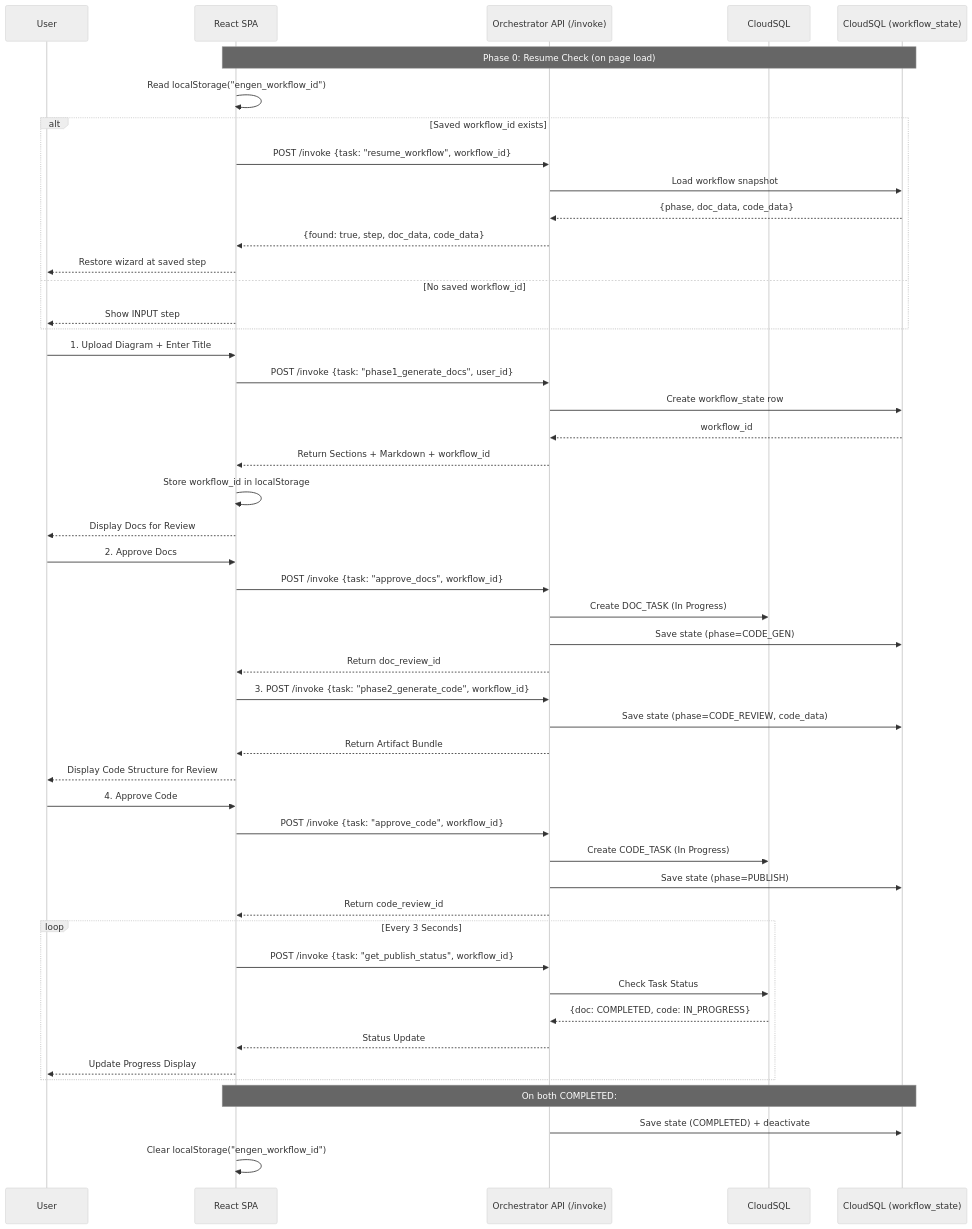
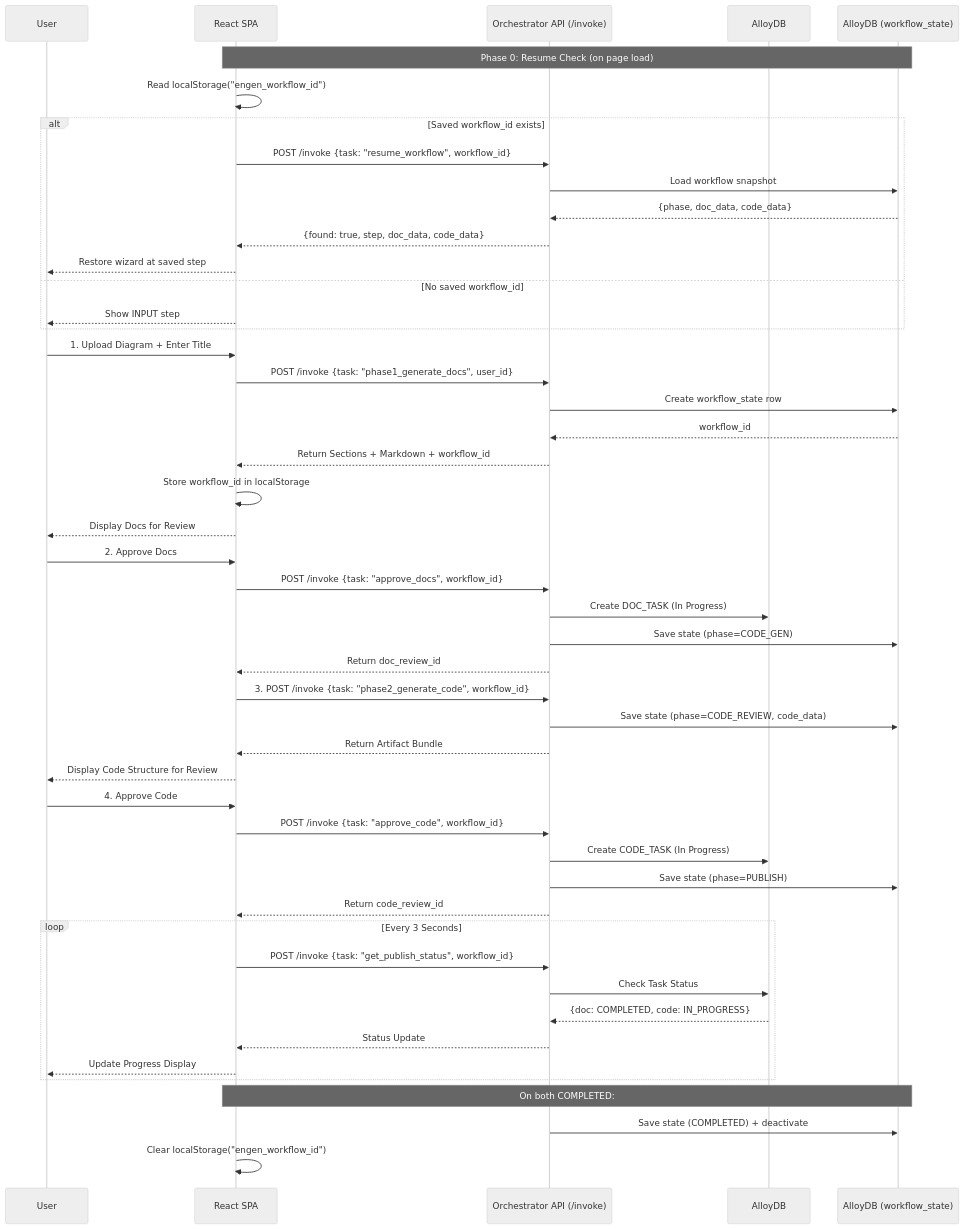
The tenth of 10 diagrams in DESIGN_DOCUMENT.md (rnerurkar/engen), drawn with Mermaid (neutral theme) before and after one commit. The commit also changed other lines of this file and 8 other files, not shown here.

First line of the commit message:
feat: migrate CloudSQL to AlloyDB for PostgreSQL across source code and documentation (v2.5)

````diff
--- a/DESIGN_DOCUMENT.md
+++ b/DESIGN_DOCUMENT.md
@@ -1274,57 +1276,57 @@
 ```mermaid
 sequenceDiagram
     participant User
     participant SPA as React SPA
     participant Orch as Orchestrator API (/invoke)
-    participant DB as CloudSQL
-    participant WFS as CloudSQL (workflow_state)
+    participant DB as AlloyDB
+    participant WFS as AlloyDB (workflow_state)
 
     Note over SPA,WFS: Phase 0: Resume Check (on page load)
     SPA->>SPA: Read localStorage("engen_workflow_id")
     alt Saved workflow_id exists
         SPA->>Orch: POST /invoke {task: "resume_workflow", workflow_id}
         Orch->>WFS: Load workflow snapshot
         WFS-->>Orch: {phase, doc_data, code_data}
         Orch-->>SPA: {found: true, step, doc_data, code_data}
         SPA-->>User: Restore wizard at saved step
     else No saved workflow_id
         SPA-->>User: Show INPUT step
     end
 
     User->>SPA: 1. Upload Diagram + Enter Title
     SPA->>Orch: POST /invoke {task: "phase1_generate_docs", user_id}
     Orch->>WFS: Create workflow_state row
     WFS-->>Orch: workflow_id
     Orch-->>SPA: Return Sections + Markdown + workflow_id
     SPA->>SPA: Store workflow_id in localStorage
     SPA-->>User: Display Docs for Review
 
     User->>SPA: 2. Approve Docs
     SPA->>Orch: POST /invoke {task: "approve_docs", workflow_id}
     Orch->>DB: Create DOC_TASK (In Progress)
     Orch->>WFS: Save state (phase=CODE_GEN)
     Orch-->>SPA: Return doc_review_id
     
     SPA->>Orch: 3. POST /invoke {task: "phase2_generate_code", workflow_id}
     Orch->>WFS: Save state (phase=CODE_REVIEW, code_data)
     Orch-->>SPA: Return Artifact Bundle
     SPA-->>User: Display Code Structure for Review
 
     User->>SPA: 4. Approve Code
     SPA->>Orch: POST /invoke {task: "approve_code", workflow_id}
     Orch->>DB: Create CODE_TASK (In Progress)
     Orch->>WFS: Save state (phase=PUBLISH)
     Orch-->>SPA: Return code_review_id
 
     loop Every 3 Seconds
         SPA->>Orch: POST /invoke {task: "get_publish_status", workflow_id}
         Orch->>DB: Check Task Status
         DB-->>Orch: {doc: COMPLETED, code: IN_PROGRESS}
         Orch-->>SPA: Status Update
         SPA-->>User: Update Progress Display
     end
     
     Note over SPA,WFS: On both COMPLETED:
     Orch->>WFS: Save state (COMPLETED) + deactivate
     SPA->>SPA: Clear localStorage("engen_workflow_id")
 ```
````
